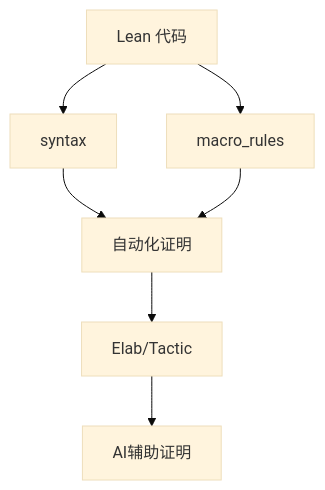
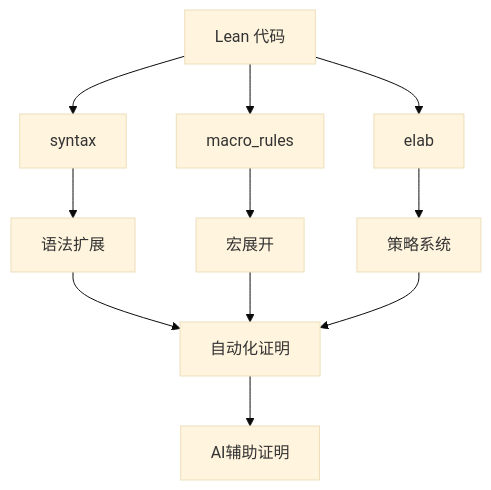
The first of 5 diagrams in semantic/1-lean-grammar-and-semantics/1.4-lean-元编程与策略系统.md (AdaMartin18010/Lean), drawn with Mermaid (base theme) before and after one commit. The commit also changed other lines of this file and 57 other files, not shown here.

````diff
--- a/semantic/1-lean-grammar-and-semantics/1.4-lean-元编程与策略系统.md
+++ b/semantic/1-lean-grammar-and-semantics/1.4-lean-元编程与策略系统.md
@@ -79,9 +526,13 @@
 ```mermaid
 graph TD
   A[Lean 代码] --> B[syntax]
   A --> C[macro_rules]
-  B --> D[自动化证明]
-  C --> D
-  D --> E[Elab/Tactic]
-  E --> F[AI辅助证明]
+  A --> D[elab]
+  B --> E[语法扩展]
+  C --> F[宏展开]
+  D --> G[策略系统]
+  E --> H[自动化证明]
+  F --> H
+  G --> H
+  H --> I[AI辅助证明]
 ```
````
